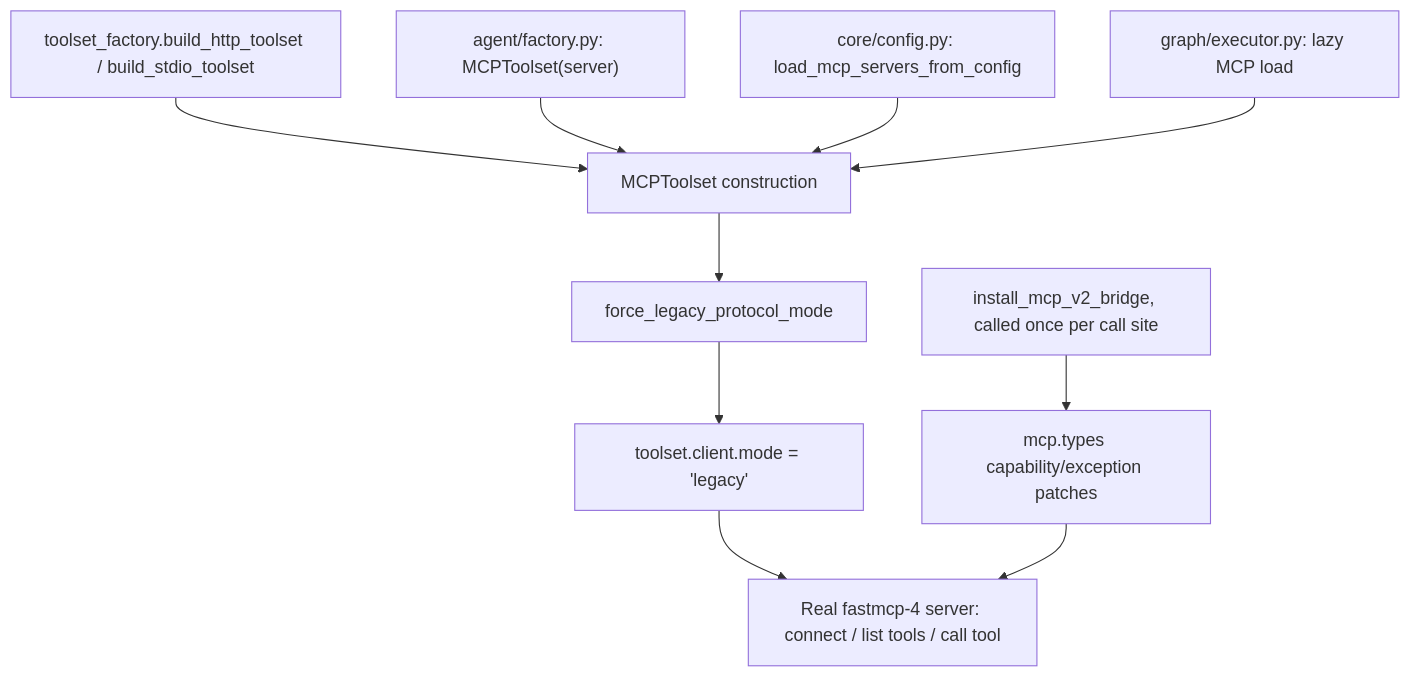
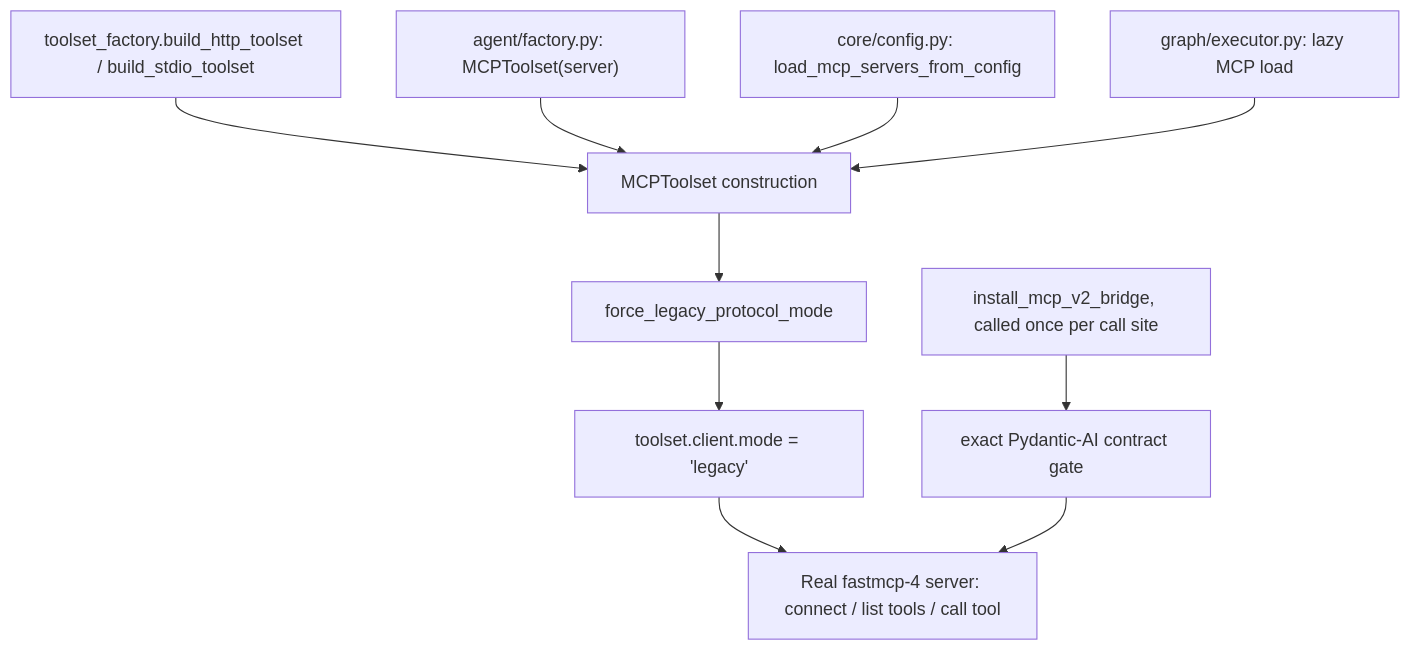
The diagram in docs/architecture/fastmcp4-default.md (Knuckles-Team/agent-utilities), drawn with Mermaid before and after one commit. The commit also changed other lines of this file and 233 other files, not shown here.

````diff
--- a/docs/architecture/fastmcp4-default.md
+++ b/docs/architecture/fastmcp4-default.md
@@ -55,12 +37,12 @@
 ```mermaid
 flowchart TD
     A[toolset_factory.build_http_toolset / build_stdio_toolset] --> C[MCPToolset construction]
     B["agent/factory.py: MCPToolset(server)"] --> C
     D[core/config.py: load_mcp_servers_from_config] --> C
     E[graph/executor.py: lazy MCP load] --> C
     C --> F[force_legacy_protocol_mode]
     F --> G[toolset.client.mode = 'legacy']
-    H["install_mcp_v2_bridge, called once per call site"] --> I["mcp.types capability/exception patches"]
+    H["install_mcp_v2_bridge, called once per call site"] --> I["exact Pydantic-AI contract gate"]
     G --> J[Real fastmcp-4 server: connect / list tools / call tool]
     I --> J
 ```
````
